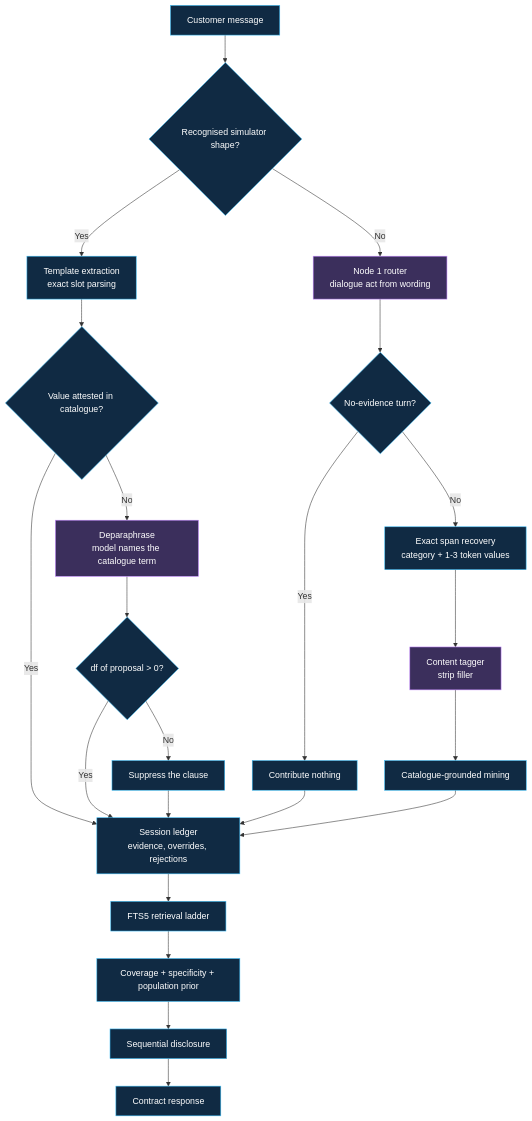
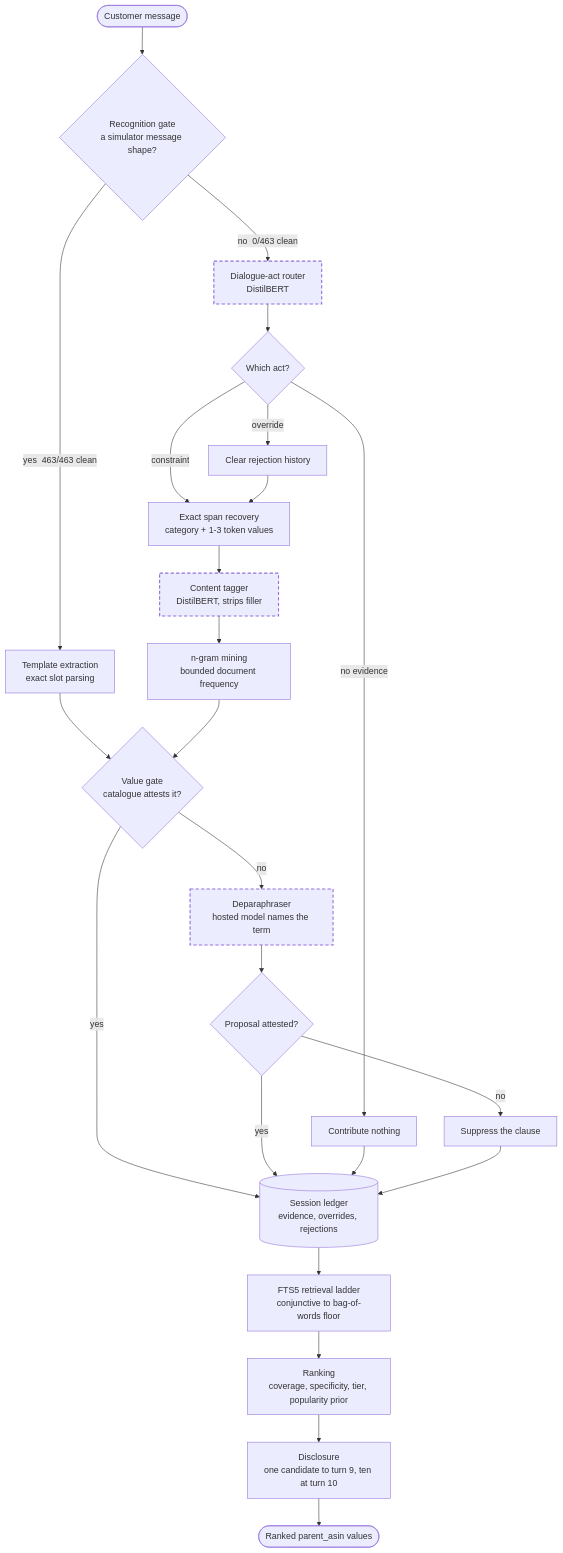
The diagram in README.md (DanielNg0729/L-GPT), drawn with Mermaid before and after one commit. The commit also changed other lines of this file and 11 other files, not shown here.

````diff
--- a/README.md
+++ b/README.md
@@ -83,28 +86,33 @@
 ```mermaid
 flowchart TD
-    M[Customer message] --> R{Recognised simulator shape?}
-    R -->|Yes| T[Template extraction<br/>exact slot parsing]
-    R -->|No| N1[Node 1 router<br/>dialogue act from wording]
-    N1 --> NE{No-evidence turn?}
-    NE -->|Yes| STOP[Contribute nothing]
-    NE -->|No| SP[Exact span recovery<br/>category + 1-3 token values]
-    SP --> TG[Content tagger<br/>strip filler]
-    TG --> MI[Catalogue-grounded mining]
-    T --> RES{Value attested in catalogue?}
-    RES -->|Yes| L
-    RES -->|No| DP[Deparaphrase<br/>model names the catalogue term]
-    DP --> PV{df of proposal > 0?}
-    PV -->|Yes| L
-    PV -->|No| SUP[Suppress the clause]
-    MI --> L[Session ledger<br/>evidence, overrides, rejections]
-    SUP --> L
-    STOP --> L
-    L --> F[FTS5 retrieval ladder]
-    F --> S[Coverage + specificity + population prior]
-    S --> D[Sequential disclosure]
-    D --> C[Contract response]
+    M([Customer message]) --> GATE{"Recognition gate<br/>a simulator message shape?"}
 
-    classDef default fill:#102a43,stroke:#38bdf8,color:#ffffff
-    classDef learned fill:#3b2f5c,stroke:#c084fc,color:#ffffff
-    class N1,TG,DP learned
+    GATE -->|"yes &nbsp;463/463 clean"| TPL["Template extraction<br/>exact slot parsing"]
+    GATE -->|"no &nbsp;0/463 clean"| ROUTE["Dialogue-act router<br/>DistilBERT"]
+
+    ROUTE --> ACT{"Which act?"}
+    ACT -->|no evidence| NIL["Contribute nothing"]
+    ACT -->|override| CLR["Clear rejection history"]
+    ACT -->|constraint| SPAN["Exact span recovery<br/>category + 1-3 token values"]
+    CLR --> SPAN
+    SPAN --> TAG["Content tagger<br/>DistilBERT, strips filler"]
+    TAG --> MINE["n-gram mining<br/>bounded document frequency"]
+
+    TPL --> VAL{"Value gate<br/>catalogue attests it?"}
+    MINE --> VAL
+    VAL -->|yes| LEDGER
+    VAL -->|no| DEP["Deparaphraser<br/>hosted model names the term"]
+    DEP --> ATT{"Proposal attested?"}
+    ATT -->|yes| LEDGER
+    ATT -->|no| DROP["Suppress the clause"]
+
+    NIL --> LEDGER
+    DROP --> LEDGER
+    LEDGER[("Session ledger<br/>evidence, overrides, rejections")] --> RET["FTS5 retrieval ladder<br/>conjunctive to bag-of-words floor"]
+    RET --> RANK["Ranking<br/>coverage, specificity, tier, popularity prior"]
+    RANK --> DISC["Disclosure<br/>one candidate to turn 9, ten at turn 10"]
+    DISC --> OUT([Ranked parent_asin values])
+
+    classDef learned stroke-dasharray:6 4,stroke-width:2px
+    class ROUTE,TAG,DEP learned
 ```
````
